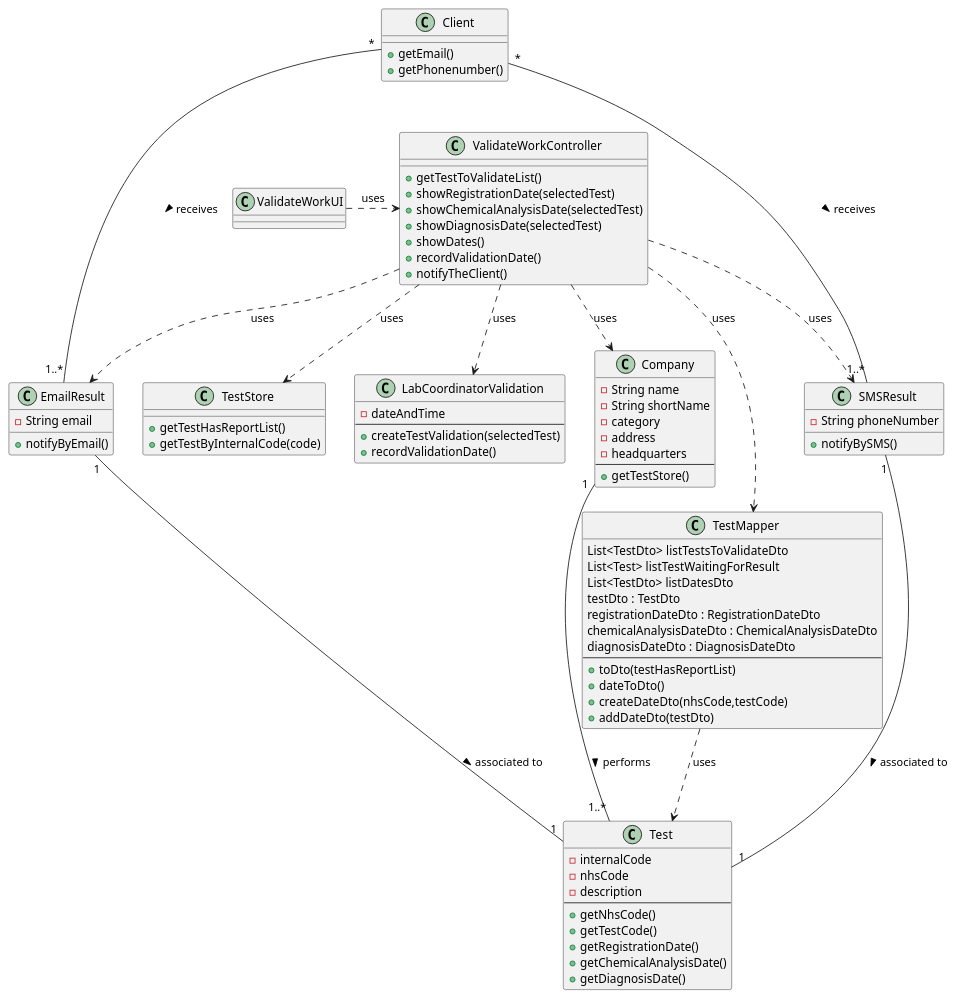
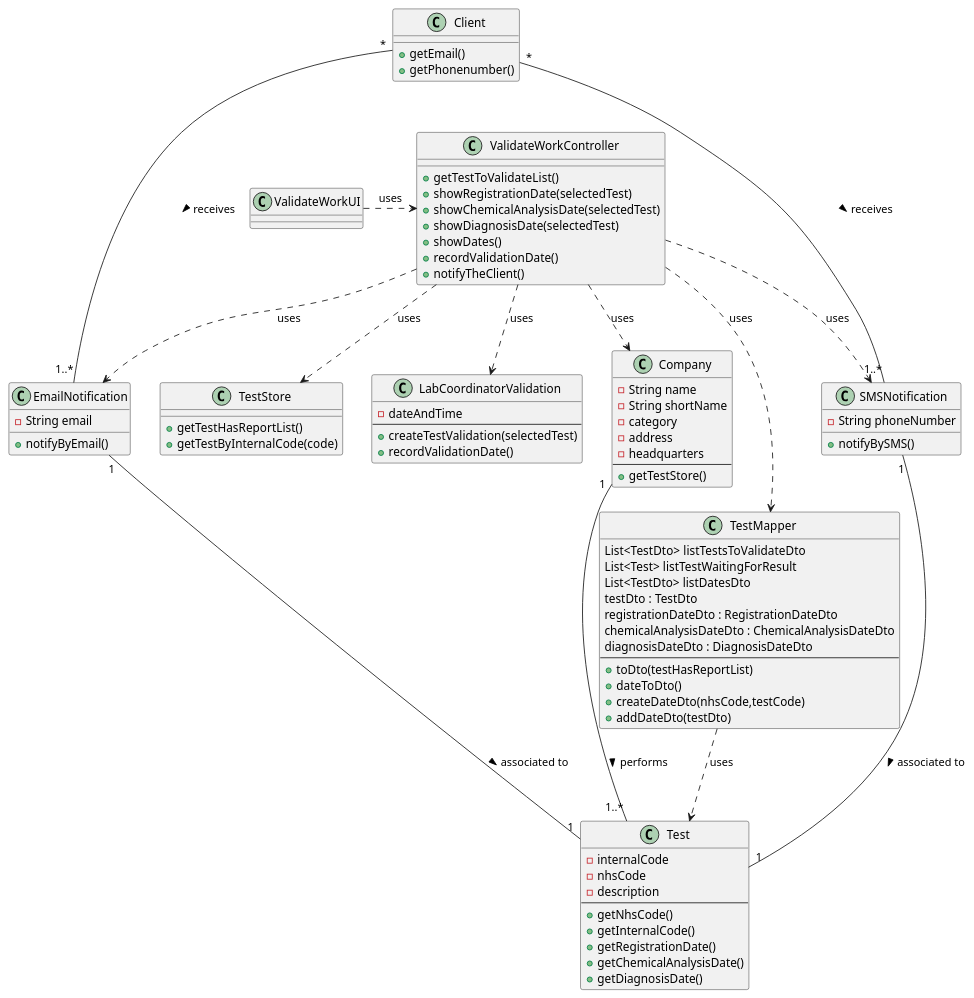
One commit to manu-07-ela/LAPR2_ISEP changed the diagram in docs/SprintC/US15/US15_CD.puml. Above: the diagram before and after it, drawn with PlantUML. The commit also changed 107 other files, not shown here.

Commit message:
US15 - Changing the name of two classes - EmailNotification and SMSNotification. Implementation in the Test Store of the method responsible for searching the tests ready to be validated

```diff
--- a/docs/SprintC/US15/US15_CD.puml
+++ b/docs/SprintC/US15/US15_CD.puml
@@ -1,103 +1,103 @@
 @startuml
 
 class ValidateWorkUI{
 }
 
 class ValidateWorkController{
 +getTestToValidateList()
 +showRegistrationDate(selectedTest)
 +showChemicalAnalysisDate(selectedTest)
 +showDiagnosisDate(selectedTest)
 +showDates()
 +recordValidationDate()
 +notifyTheClient()
 }
 
 class Company{
 -String name
 -String shortName
 -category
 -address
 -headquarters
 --
 +getTestStore()
 }
 
 class TestStore {
 +getTestHasReportList()
 +getTestByInternalCode(code)
 }
 
 class TestMapper{
 List<TestDto> listTestsToValidateDto
 List<Test> listTestWaitingForResult
 List<TestDto> listDatesDto
 testDto : TestDto
 registrationDateDto : RegistrationDateDto
 chemicalAnalysisDateDto : ChemicalAnalysisDateDto
 diagnosisDateDto : DiagnosisDateDto
 --
 +toDto(testHasReportList)
 +dateToDto()
 +createDateDto(nhsCode,testCode)
 +addDateDto(testDto)
 }
 
 
 class LabCoordinatorValidation {
 -dateAndTime
 --
 +createTestValidation(selectedTest)
 +recordValidationDate()
 }
 
 class Test{
 -internalCode
 -nhsCode
 -description
 --
 +getNhsCode()
-+getTestCode()
++getInternalCode()
 +getRegistrationDate()
 +getChemicalAnalysisDate()
 +getDiagnosisDate()
 }
 
-class EmailResult{
+class EmailNotification{
 -String email
 +notifyByEmail()
 }
 
-class SMSResult{
+class SMSNotification{
 -String phoneNumber
 +notifyBySMS()
 }
 
 class Client{
 +getEmail()
 +getPhonenumber()
 }
 
 
 ValidateWorkUI .> ValidateWorkController : uses
 
 ValidateWorkController ..> Company : uses
 ValidateWorkController ..> TestStore : uses
 ValidateWorkController ..> TestMapper : uses
 ValidateWorkController ..> LabCoordinatorValidation : uses
-ValidateWorkController ..> EmailResult : uses
-ValidateWorkController ..> SMSResult : uses
+ValidateWorkController ..> EmailNotification : uses
+ValidateWorkController ..> SMSNotification : uses
 
 Company "1"---"1..*" Test : performs >
 
 TestMapper ..> Test : uses
 
-EmailResult "1"---"1" Test : associated to >
+EmailNotification "1"---"1" Test : associated to >
 
-SMSResult "1"---"1" Test : associated to >
+SMSNotification "1"---"1" Test : associated to >
 
-Client "*"---"1..*" SMSResult : receives >
-Client "*"---"1..*" EmailResult : receives >
+Client "*"---"1..*" SMSNotification : receives >
+Client "*"---"1..*" EmailNotification : receives >
 
 
 @enduml
```
